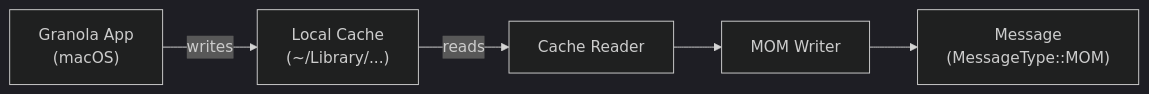
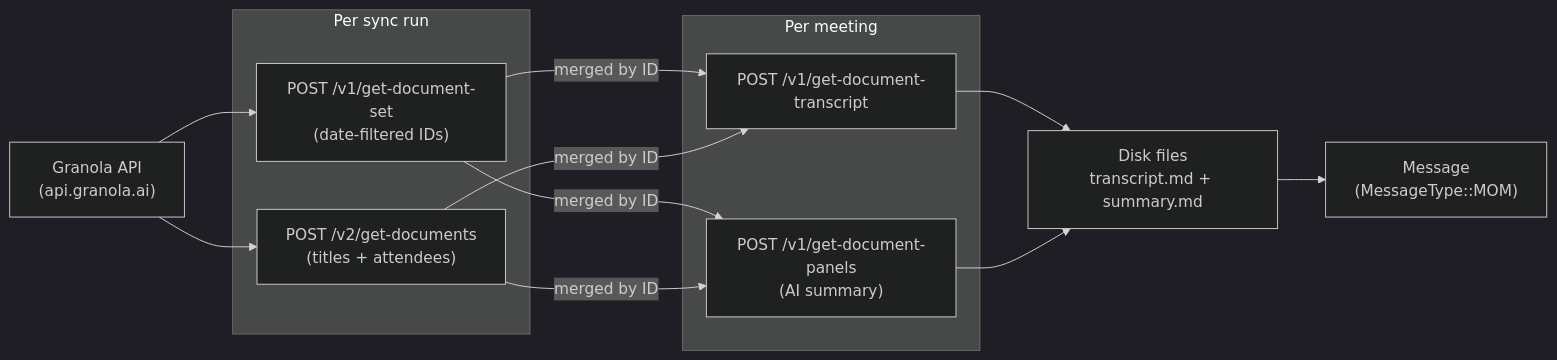
One commit to imshubhamsingh/work-os changed the diagram in docs/plugins/granola.md. Above: the diagram before and after it, drawn with Mermaid (dark theme). The commit also changed other lines of this file and 2 other files, not shown here.

Commit message:
chore: added granola documentation

````diff
--- a/docs/plugins/granola.md
+++ b/docs/plugins/granola.md
@@ -30,13 +31,21 @@
 ```mermaid
 flowchart LR
-    Granola["Granola App\n(macOS)"]
-    Cache["Local Cache\n(~/Library/...)"]
-    Parser["Cache Reader"]
-    Writer["MOM Writer"]
+    API["Granola API\n(api.granola.ai)"]
+
+    subgraph "Per sync run"
+        DS["POST /v1/get-document-set\n(date-filtered IDs)"]
+        GD["POST /v2/get-documents\n(titles + attendees)"]
+    end
+
+    subgraph "Per meeting"
+        TR["POST /v1/get-document-transcript"]
+        PA["POST /v1/get-document-panels\n(AI summary)"]
+    end
+
     Output["Message\n(MessageType::MOM)"]
+    Files["Disk files\ntranscript.md + summary.md"]
 
-    Granola -->|writes| Cache
-    Cache -->|reads| Parser
-    Parser --> Writer
-    Writer --> Output
+    API --> DS & GD
+    DS & GD -->|merged by ID| TR & PA
+    TR & PA --> Files --> Output
 ```
````
